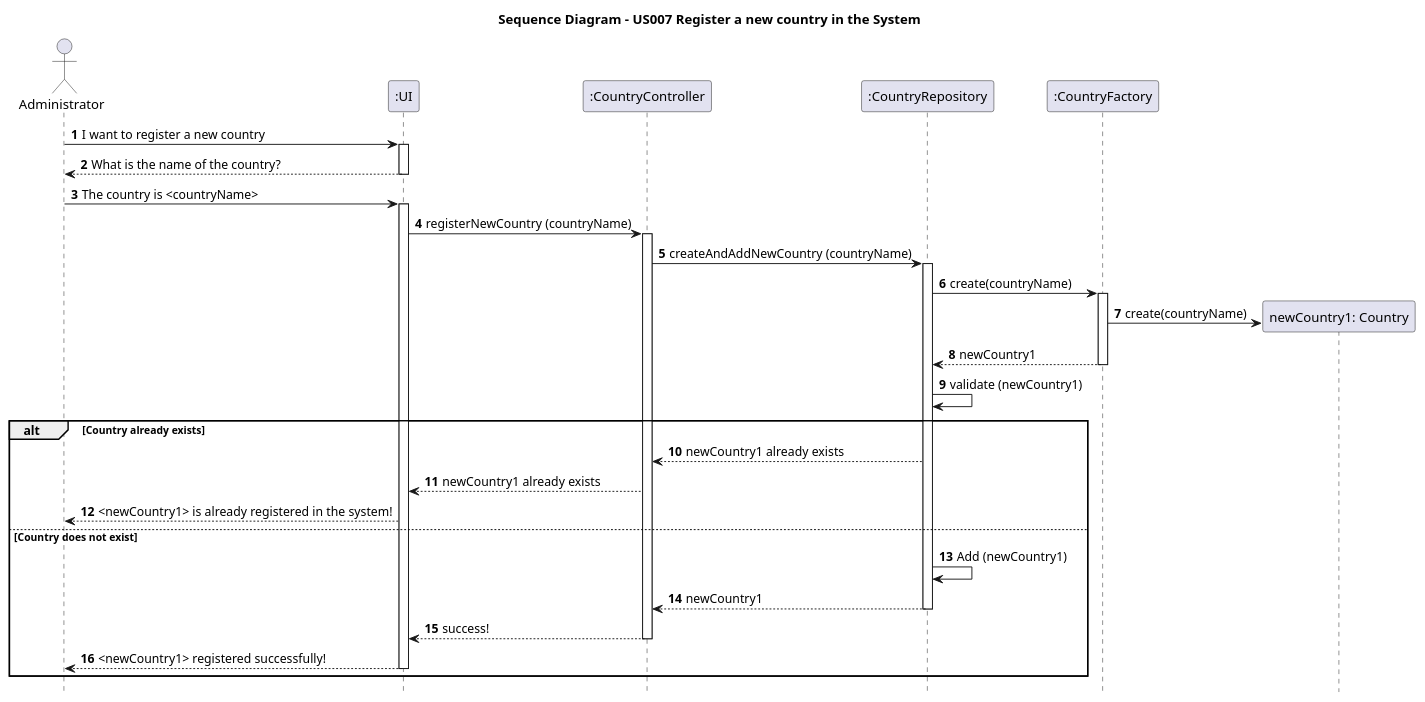
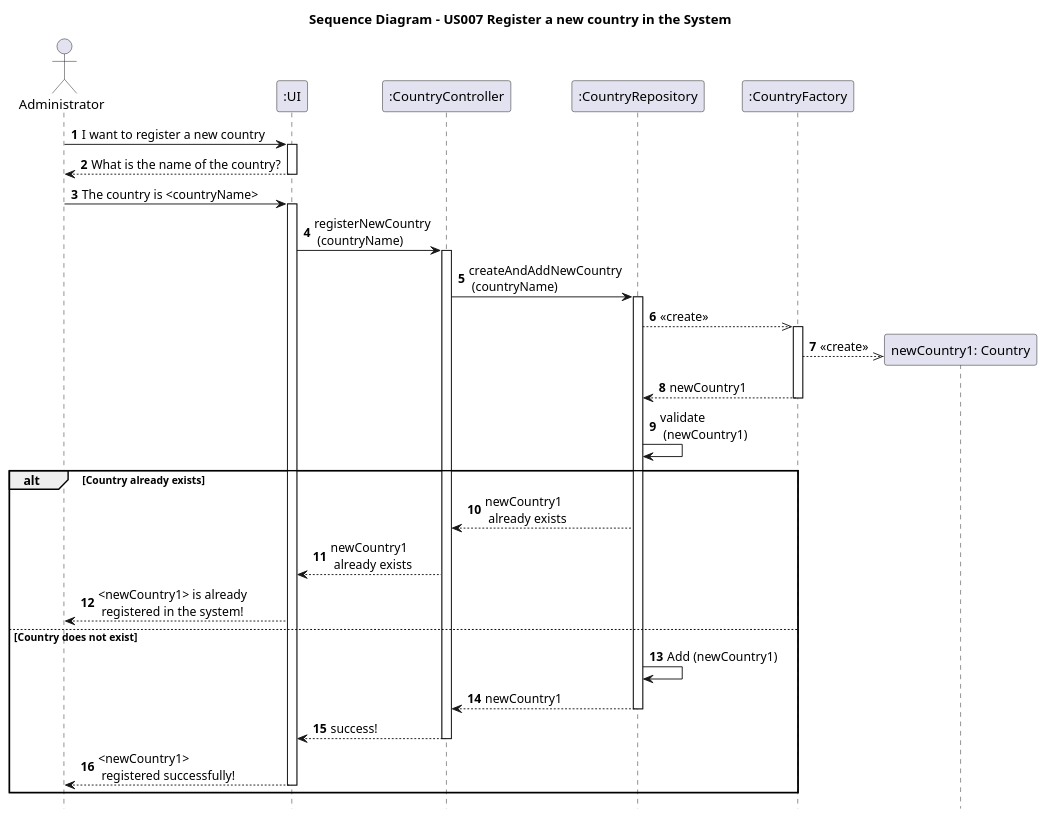
Before and after one commit to AndrePereiraGitH/SWitCH-Project-Team_A: the diagram in Diagrams/SequenceDiagrams/N2/US007-to-register-a-new-country-in-the-system.puml, drawn with PlantUML. The commit also changed 6 other files, not shown here.

```diff
--- a/Diagrams/SequenceDiagrams/N2/US007-to-register-a-new-country-in-the-system.puml
+++ b/Diagrams/SequenceDiagrams/N2/US007-to-register-a-new-country-in-the-system.puml
@@ -1,61 +1,61 @@
 @startuml
 
 footbox off
 
 title Sequence Diagram - US007 Register a new country in the System
 
 
 actor Administrator
 participant ":UI" as UI
 
 autonumber
 
 
 participant ":CountryController" as CountryController
 participant ":CountryRepository" as CountryRepository
 participant ":CountryFactory" as CountryFactory
 
 
 Administrator -> UI : I want to register a new country
 activate UI
 UI --> Administrator : What is the name of the country?
 deactivate UI
 
 Administrator -> UI : The country is <countryName>
 activate UI
 
-UI -> CountryController : registerNewCountry (countryName)
+UI -> CountryController : registerNewCountry\n (countryName)
 activate CountryController
 
 
-CountryController -> CountryRepository : createAndAddNewCountry (countryName)
+CountryController -> CountryRepository : createAndAddNewCountry\n (countryName)
 activate CountryRepository
 
-CountryRepository -> CountryFactory : create(countryName)
+CountryRepository -->> CountryFactory : «create»
 activate CountryFactory
 create participant "newCountry1: Country" as Country
-CountryFactory -> Country : create(countryName)
+CountryFactory -->> Country : «create»
 
 CountryFactory --> CountryRepository : newCountry1
 deactivate CountryFactory
 
-CountryRepository -> CountryRepository : validate (newCountry1)
+CountryRepository -> CountryRepository : validate\n (newCountry1)
 
 alt Country already exists
-CountryRepository --> CountryController : newCountry1 already exists
-CountryController --> UI : newCountry1 already exists
-UI --> Administrator : <newCountry1> is already registered in the system!
+CountryRepository --> CountryController : newCountry1\n already exists
+CountryController --> UI : newCountry1\n already exists
+UI --> Administrator : <newCountry1> is already\n registered in the system!
 else Country does not exist
 CountryRepository -> CountryRepository : Add (newCountry1)
 CountryRepository --> CountryController : newCountry1
 deactivate CountryRepository
 
 CountryController --> UI : success!
 deactivate CountryController
 
-UI --> Administrator : <newCountry1> registered successfully!
+UI --> Administrator : <newCountry1>\n registered successfully!
 deactivate UI
 end
 
 
 @enduml
```
